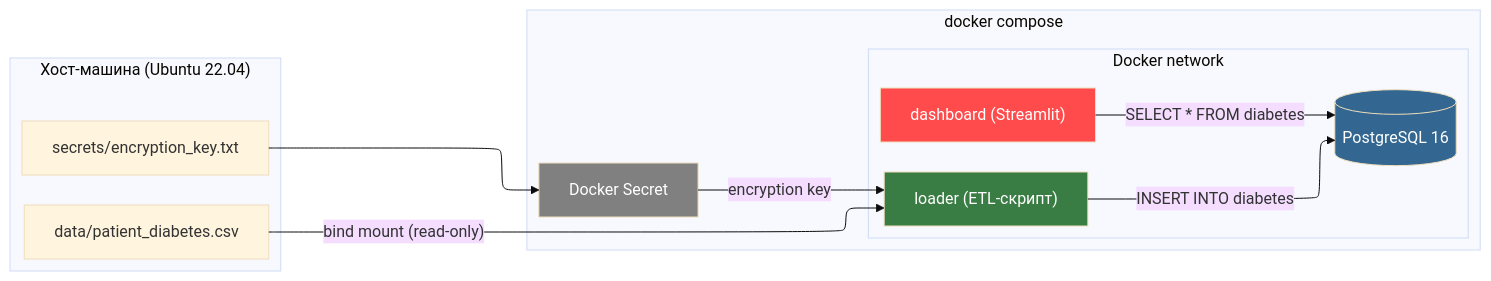
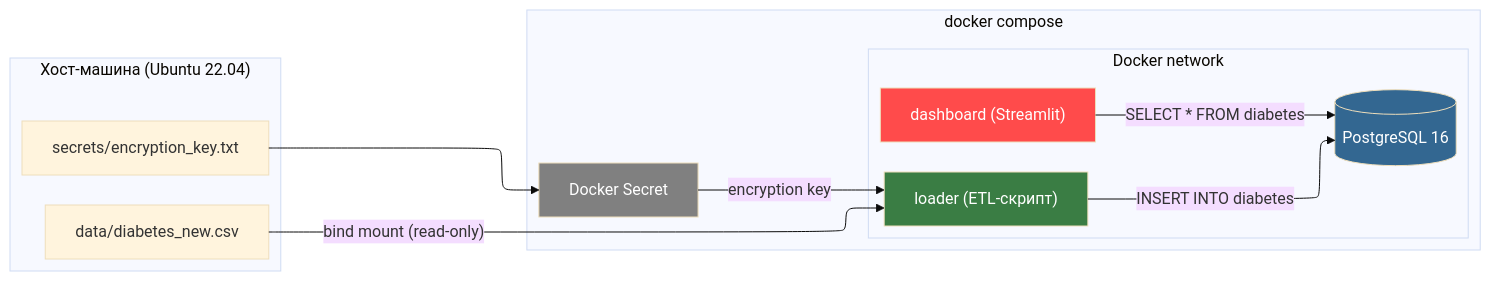
Before and after one commit to wyamka/DevOps-MGPU: the diagram in lab2/README.md, drawn with Mermaid (base theme). The commit also changed other lines of this file, not shown here.

````diff
--- a/lab2/README.md
+++ b/lab2/README.md
@@ -14,38 +14,38 @@
 ```mermaid
 ---
 config:
   layout: elk
 ---
 flowchart LR
 
     subgraph HOST["Хост-машина (Ubuntu 22.04)"]
-        RAW["data/patient_diabetes.csv"]
+        RAW["data/diabetes_new.csv"]
         SECRETFILE["secrets/encryption_key.txt"]
     end
 
     subgraph COMPOSE["docker compose"]
         
         subgraph NET["Docker network"]
             LOADER["loader (ETL-скрипт)"]
             DB[(PostgreSQL 16)]
             DASH["dashboard (Streamlit)"]
         end
 
         SECRET["Docker Secret"]
  
     end
 
     RAW -- "bind mount (read-only)" --> LOADER
     SECRETFILE --> SECRET
     SECRET -- "encryption key" --> LOADER
 
     LOADER -- "INSERT INTO diabetes" --> DB
     DASH -- "SELECT * FROM diabetes" --> DB
 
 
 
     style DB fill:#336791,color:#fff
     style LOADER fill:#3a7d44,color:#fff
     style DASH fill:#ff4b4b,color:#fff
     style SECRET fill:#808080,color:#fff
 ```
````
